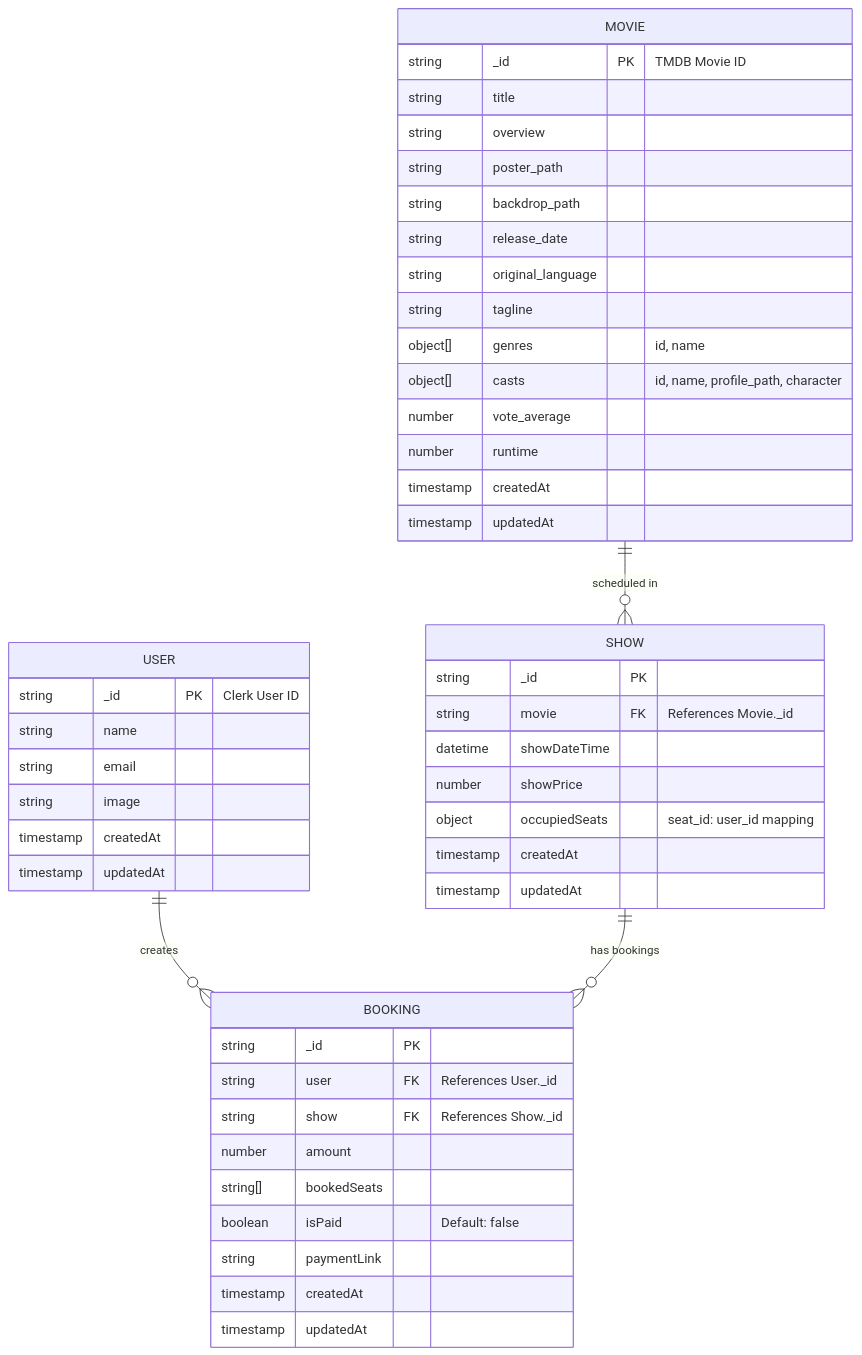
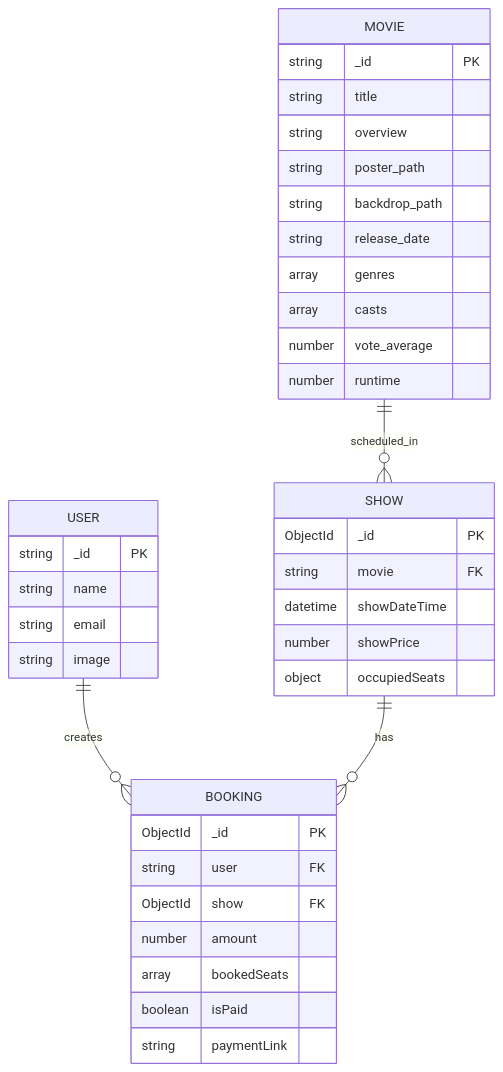
Before and after one commit to VIKRAMANR7/BookMyShow: the third of 3 diagrams in README.md, drawn with Mermaid. The commit also changed other lines of this file and 41 other files, not shown here.

````diff
--- a/README.md
+++ b/README.md
@@ -165,54 +109,44 @@
 ```mermaid
 erDiagram
     USER ||--o{ BOOKING : creates
-    SHOW ||--o{ BOOKING : "has bookings"
-    MOVIE ||--o{ SHOW : "scheduled in"
+    SHOW ||--o{ BOOKING : has
+    MOVIE ||--o{ SHOW : scheduled_in
 
     USER {
-        string _id PK "Clerk User ID"
+        string _id PK
         string name
         string email
         string image
-        timestamp createdAt
-        timestamp updatedAt
     }
 
     MOVIE {
-        string _id PK "TMDB Movie ID"
+        string _id PK
         string title
         string overview
         string poster_path
         string backdrop_path
         string release_date
-        string original_language
-        string tagline
-        object[] genres "id, name"
-        object[] casts "id, name, profile_path, character"
+        array genres
+        array casts
         number vote_average
         number runtime
-        timestamp createdAt
-        timestamp updatedAt
     }
 
     SHOW {
-        string _id PK
-        string movie FK "References Movie._id"
+        ObjectId _id PK
+        string movie FK
         datetime showDateTime
         number showPrice
-        object occupiedSeats "seat_id: user_id mapping"
-        timestamp createdAt
-        timestamp updatedAt
+        object occupiedSeats
     }
 
     BOOKING {
-        string _id PK
-        string user FK "References User._id"
-        string show FK "References Show._id"
+        ObjectId _id PK
+        string user FK
+        ObjectId show FK
         number amount
-        string[] bookedSeats
-        boolean isPaid "Default: false"
+        array bookedSeats
+        boolean isPaid
         string paymentLink
-        timestamp createdAt
-        timestamp updatedAt
     }
 ```
````
